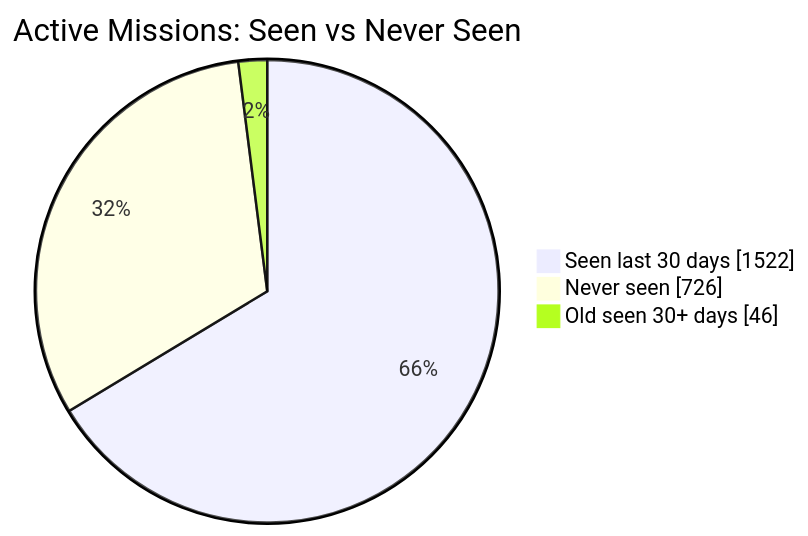
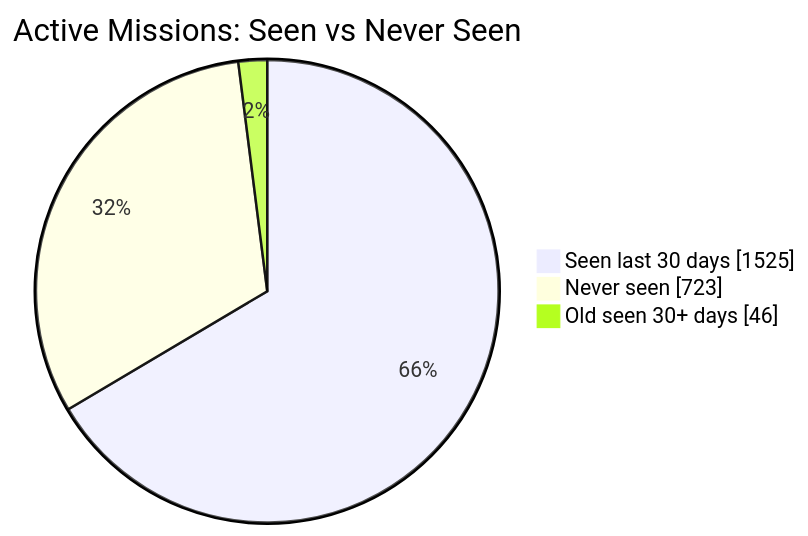
One commit to MeldkamerspelGameTeam/active-missions changed the first of 2 diagrams in README.md. Above: the diagram before and after it, drawn with Mermaid. The commit also changed other lines of this file and 7 other files, not shown here.

````diff
--- a/README.md
+++ b/README.md
@@ -34,7 +34,7 @@
 ```mermaid
 pie showData
     title Active Missions: Seen vs Never Seen
-    "Seen last 30 days" : 1522
-    "Never seen" : 726
+    "Seen last 30 days" : 1525
+    "Never seen" : 723
     "Old seen 30+ days" : 46
 ```
````
